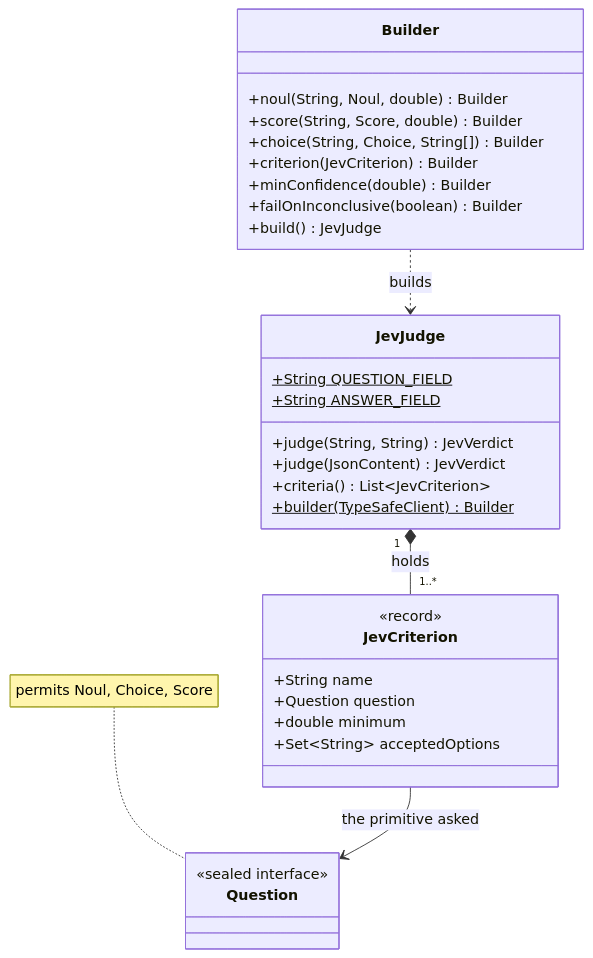
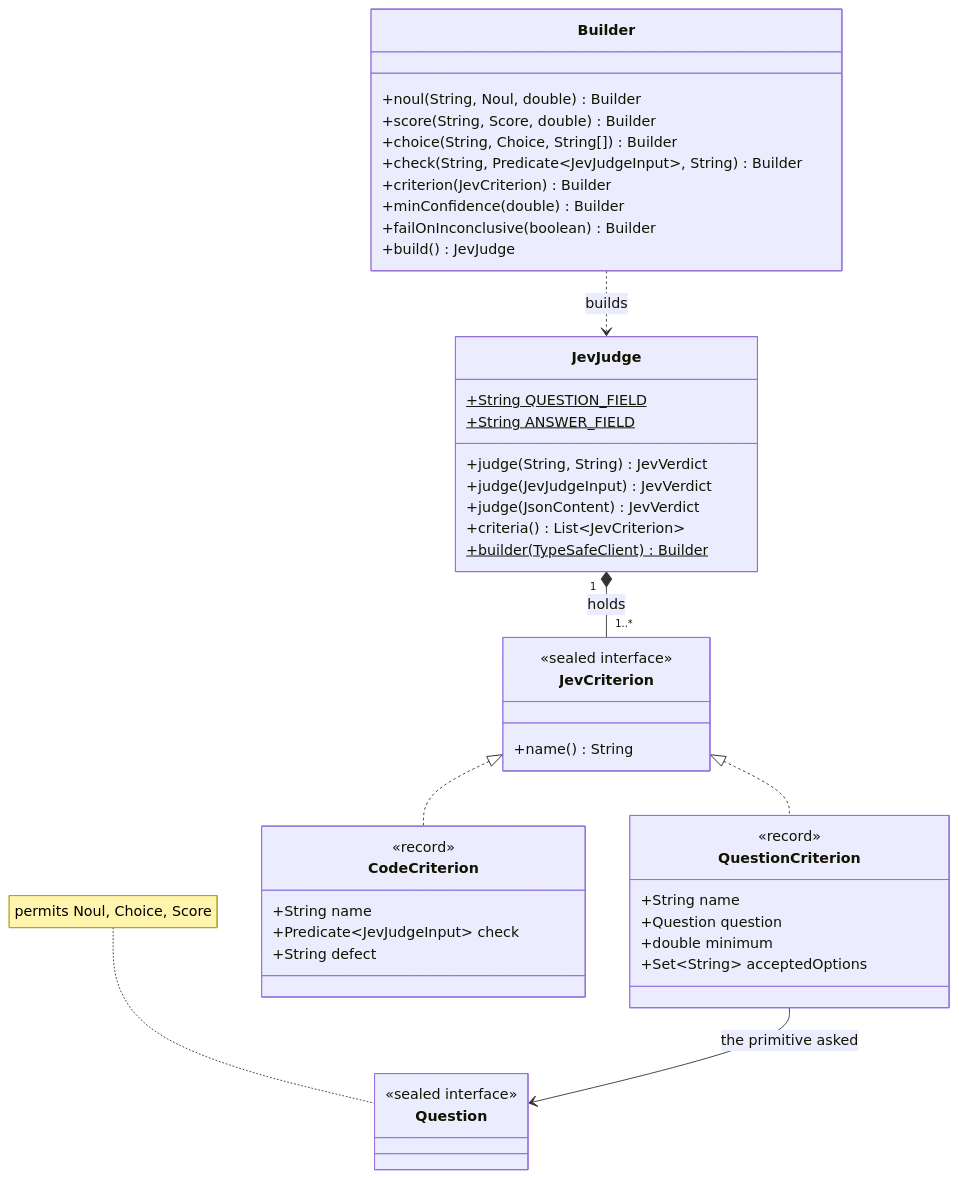
The first of 3 diagrams in docs/judge/JevJudge.md (spring-ai-community/spring-ai-typesafe), drawn with Mermaid before and after one commit. The commit also changed other lines of this file and 14 other files, not shown here.

````diff
--- a/docs/judge/JevJudge.md
+++ b/docs/judge/JevJudge.md
@@ -25,41 +28,57 @@
 ```mermaid
 classDiagram
     direction TB
 
     class Builder {
         +noul(String, Noul, double) Builder
         +score(String, Score, double) Builder
         +choice(String, Choice, String[]) Builder
+        +check(String, Predicate~JevJudgeInput~, String) Builder
         +criterion(JevCriterion) Builder
         +minConfidence(double) Builder
         +failOnInconclusive(boolean) Builder
         +build() JevJudge
     }
 
     class JevJudge {
         +String QUESTION_FIELD$
         +String ANSWER_FIELD$
         +judge(String, String) JevVerdict
+        +judge(JevJudgeInput) JevVerdict
         +judge(JsonContent) JevVerdict
         +criteria() List~JevCriterion~
         +builder(TypeSafeClient)$ Builder
     }
 
     class JevCriterion {
+        <<sealed interface>>
+        +name() String
+    }
+
+    class QuestionCriterion {
         <<record>>
         +String name
         +Question question
         +double minimum
         +Set~String~ acceptedOptions
+    }
+
+    class CodeCriterion {
+        <<record>>
+        +String name
+        +Predicate~JevJudgeInput~ check
+        +String defect
     }
 
     class Question {
         <<sealed interface>>
     }
 
     Builder ..> JevJudge : builds
     JevJudge "1" *-- "1..*" JevCriterion : holds
-    JevCriterion --> Question : the primitive asked
+    JevCriterion <|.. QuestionCriterion
+    JevCriterion <|.. CodeCriterion
+    QuestionCriterion --> Question : the primitive asked
 
     note for Question "permits Noul, Choice, Score"
 ```
````
